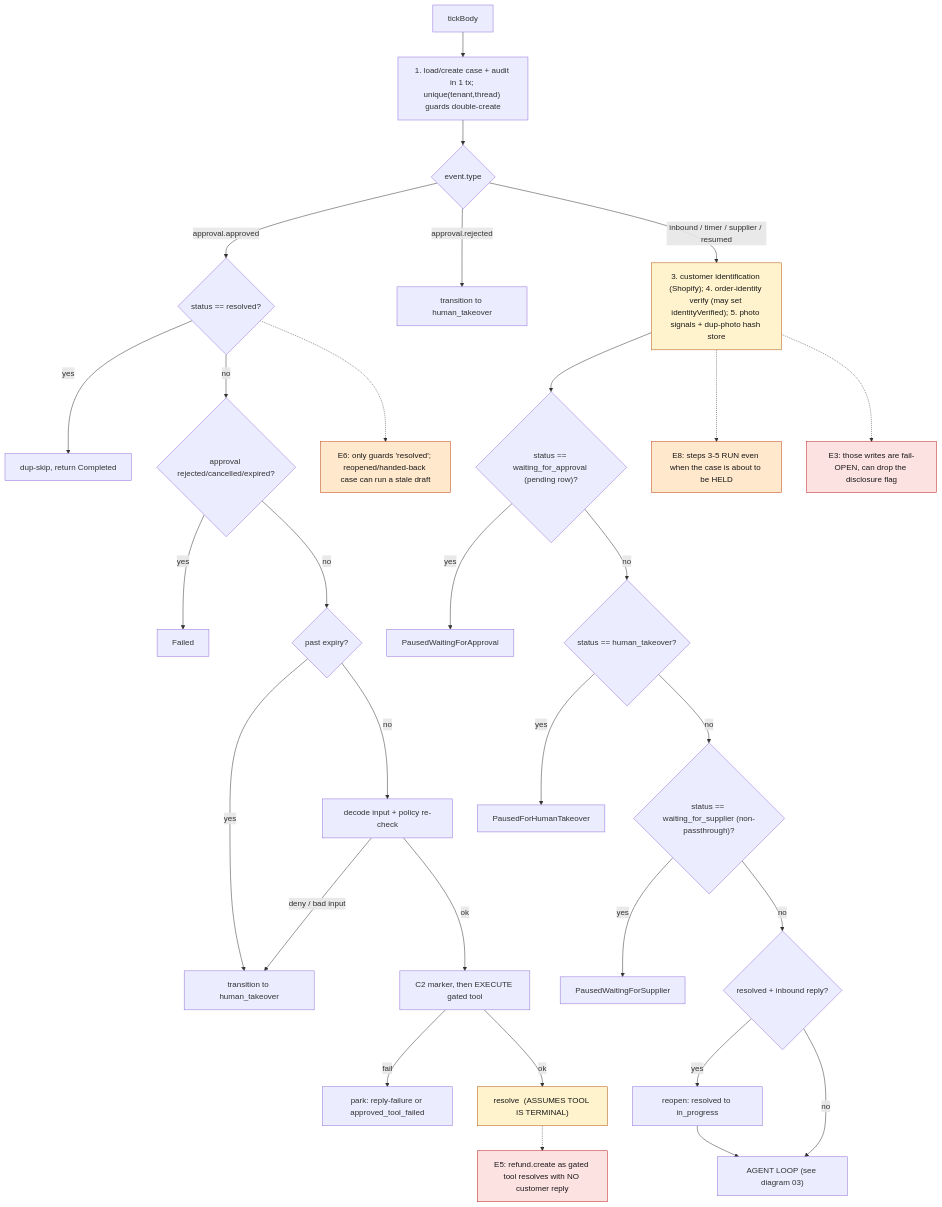
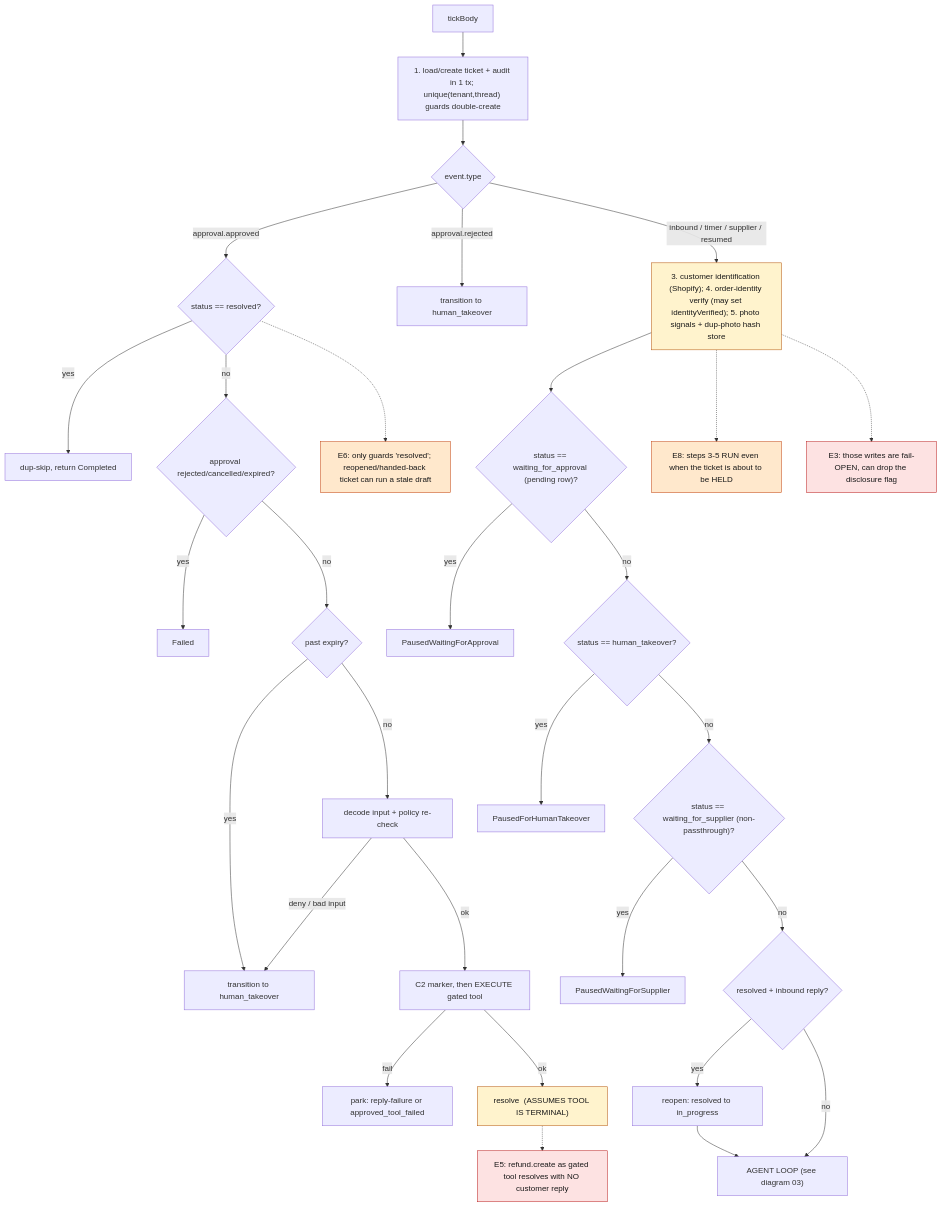
The diagram in docs/diagrams/02-tickbody-preloop.mmd (anasnaciri/support-agent), drawn with Mermaid before and after one commit. The commit also changed 563 other files, not shown here.

```diff
--- a/docs/diagrams/02-tickbody-preloop.mmd
+++ b/docs/diagrams/02-tickbody-preloop.mmd
@@ -1,45 +1,45 @@
 %% Agent runtime — tickBody pre-loop (load, approval-resume, park guards)
 flowchart TD
-    START["tickBody"] --> LOAD["1. load/create case + audit in 1 tx; unique(tenant,thread) guards double-create"]
+    START["tickBody"] --> LOAD["1. load/create ticket + audit in 1 tx; unique(tenant,thread) guards double-create"]
     LOAD --> KIND{"event.type"}
 
     KIND -->|"approval.approved"| AA1
     KIND -->|"approval.rejected"| AR["transition to human_takeover"]
     KIND -->|"inbound / timer / supplier / resumed"| IDEN
 
     AA1{"status == resolved?"}
     AA1 -->|yes| AADUP["dup-skip, return Completed"]
     AA1 -->|no| AA2{"approval rejected/cancelled/expired?"}
     AA2 -->|yes| AAF["Failed"]
     AA2 -->|no| AA3{"past expiry?"}
     AA3 -->|yes| AAH["transition to human_takeover"]
     AA3 -->|no| AA4["decode input + policy re-check"]
     AA4 -->|"deny / bad input"| AAH
     AA4 -->|ok| AA5["C2 marker, then EXECUTE gated tool"]
     AA5 -->|fail| AAPARK["park: reply-failure or approved_tool_failed"]
     AA5 -->|ok| AARES["resolve  (ASSUMES TOOL IS TERMINAL)"]:::warn
 
     IDEN["3. customer identification (Shopify); 4. order-identity verify (may set identityVerified); 5. photo signals + dup-photo hash store"]:::warn
     IDEN --> G1{"status == waiting_for_approval (pending row)?"}
     G1 -->|yes| P1["PausedWaitingForApproval"]
     G1 -->|no| G2{"status == human_takeover?"}
     G2 -->|yes| P2["PausedForHumanTakeover"]
     G2 -->|no| G3{"status == waiting_for_supplier (non-passthrough)?"}
     G3 -->|yes| P3["PausedWaitingForSupplier"]
     G3 -->|no| RO{"resolved + inbound reply?"}
     RO -->|yes| ROPEN["reopen: resolved to in_progress"]
     RO -->|no| LOOP["AGENT LOOP (see diagram 03)"]
     ROPEN --> LOOP
 
     E5["E5: refund.create as gated tool resolves with NO customer reply"]:::hi
-    E6["E6: only guards 'resolved'; reopened/handed-back case can run a stale draft"]:::med
-    E8["E8: steps 3-5 RUN even when the case is about to be HELD"]:::med
+    E6["E6: only guards 'resolved'; reopened/handed-back ticket can run a stale draft"]:::med
+    E8["E8: steps 3-5 RUN even when the ticket is about to be HELD"]:::med
     E3["E3: those writes are fail-OPEN, can drop the disclosure flag"]:::hi
     AARES -.-> E5
     AA1 -.-> E6
     IDEN -.-> E8
     IDEN -.-> E3
 
     classDef warn fill:#fff3cd,stroke:#b45309,color:#191919;
     classDef hi fill:#fde2e2,stroke:#b91c1c,color:#191919;
     classDef med fill:#ffe8cc,stroke:#c2410c,color:#191919;
```
